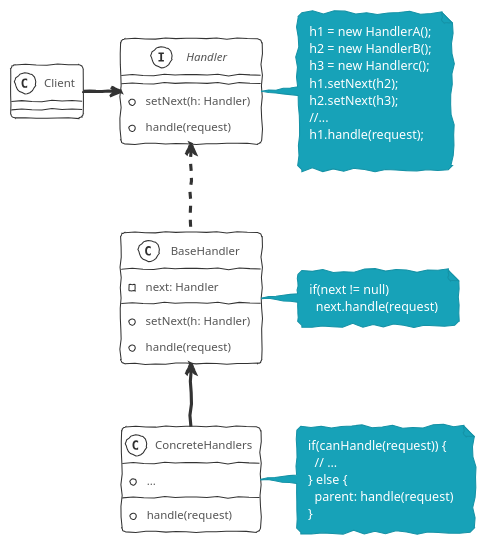
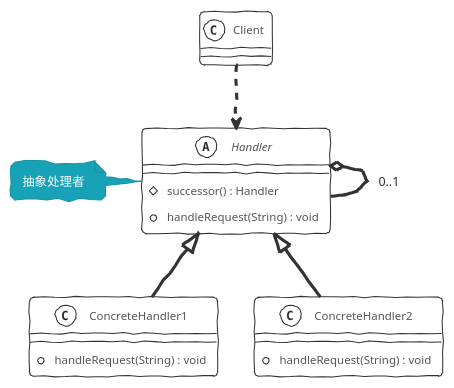
The diagram in source/_posts/DesignPatterns/chainofresponsibility.md (xiahubs/xiahubs.github.io), drawn with PlantUML before and after one commit. The commit also changed 18 other files, not shown here.

```diff
--- a/source/_posts/DesignPatterns/chainofresponsibility.md
+++ b/source/_posts/DesignPatterns/chainofresponsibility.md
@@ -8,48 +8,26 @@
 {% plantuml %}
 !theme sketchy-outline
 
-class Client {
+abstract class Handler
+{
+  # successor() : Handler
+  + handleRequest(String) : void
+}
+note left: 抽象处理者
 
+class ConcreteHandler1
+{
+  + handleRequest(String) : void
 }
-interface Handler {
-  + setNext(h: Handler)
-  + handle(request)
+
+class ConcreteHandler2
+{
+  + handleRequest(String) : void
 }
-note right of Handler 
-h1 = new HandlerA();
-h2 = new HandlerB();
-h3 = new Handlerc();
-h1.setNext(h2);
-h2.setNext(h3);
-//...
-h1.handle(request);
 
-end note
-class BaseHandler {
-  - next: Handler
-  --
-  + setNext(h: Handler)
-  + handle(request)
-}
-note right of BaseHandler 
-if(next != null)
-  next.handle(request)
-end note
-class ConcreteHandlers {
-  + ...
-  --
-  +handle(request)
-}
-note right of ConcreteHandlers 
-if(canHandle(request)) {
-  // ...
-} else {
-  parent: handle(request)
-}
-end note
-
-Client -right-> Handler
-BaseHandler .up.> Handler
-ConcreteHandlers -up-> BaseHandler
+Handler o-- Handler:0..1
+Handler <|-- ConcreteHandler1
+Handler <|-- ConcreteHandler2
+Client ..> Handler
 
 {% endplantuml %}
```
